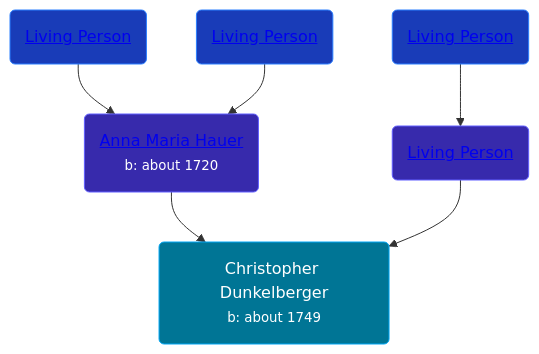
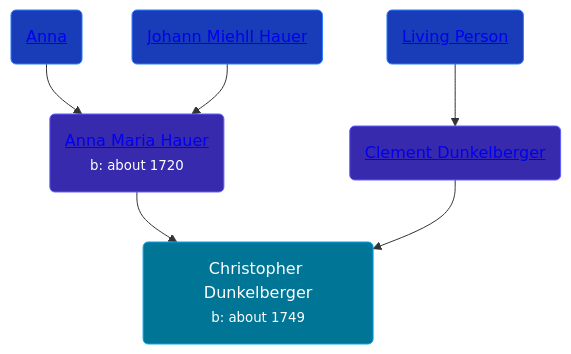
One commit to wpmgotkh/wpmgotkh.github.io changed the diagram in pages/people/8/88832375.md. Above: the diagram before and after it, drawn with Mermaid. The commit also changed other lines of this file and 586 other files, not shown here.

Commit message:
feat: better shouldConsiderPersonLiving algo

````diff
--- a/pages/people/8/88832375.md
+++ b/pages/people/8/88832375.md
@@ -10,12 +10,12 @@
 ```mermaid
 graph
 classDef grands fill:#193cb8,stroke:#2b7fff,stroke-width:1px,color:#fff;
 classDef parents fill:#372aac,stroke:#615fff,stroke-width:1px,color:#fff;
 classDef primary fill:#007595,stroke:#00a6f4,stroke-width:1px,color:#fff;
 88832375(Christopher Dunkelberger<br /><small>b: about 1749</small>):::primary
 22963774(<a class="text-white" href="/people/2/22963774">Anna Maria Hauer</a><br /><small>b: about 1720</small>):::parents-->88832375
-46044031(<a class="text-white" href="/people/4/46044031">Living Person</a>):::grands-->22963774
-22920858(<a class="text-white" href="/people/2/22920858">Living Person</a>):::grands-->22963774
-13545057(<a class="text-white" href="/people/1/13545057">Living Person</a>):::parents-->88832375
+46044031(<a class="text-white" href="/people/4/46044031">Anna </a>):::grands-->22963774
+22920858(<a class="text-white" href="/people/2/22920858">Johann Miehll Hauer</a>):::grands-->22963774
+13545057(<a class="text-white" href="/people/1/13545057">Clement Dunkelberger</a>):::parents-->88832375
 18284468(<a class="text-white" href="/people/1/18284468">Living Person</a>):::grands-->13545057
 ```
````
